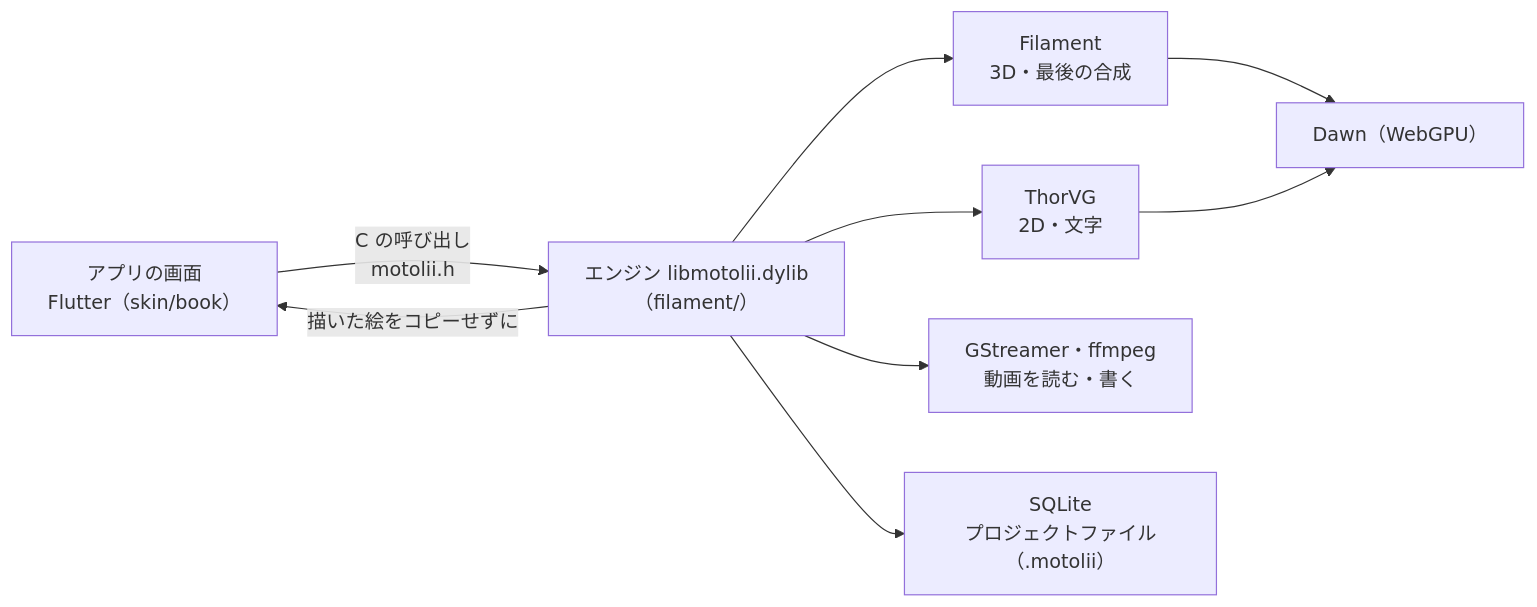
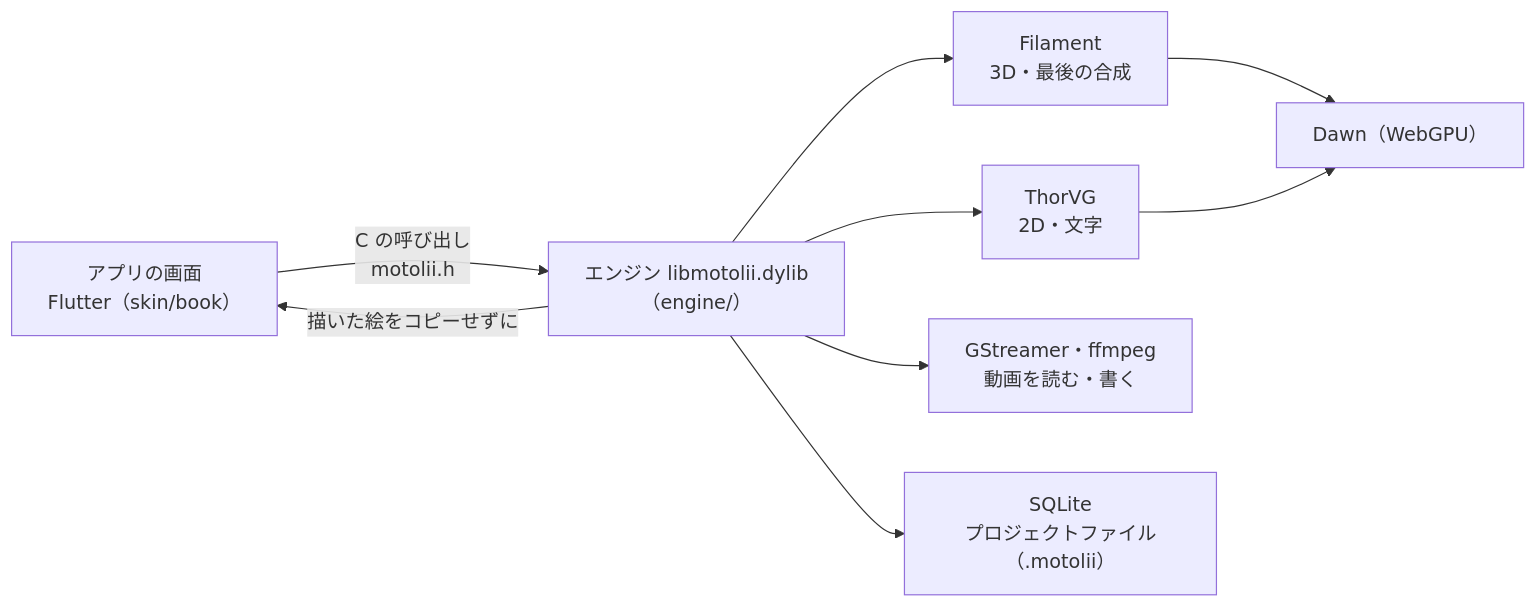
Before and after one commit to oshikaidesu/motolii: the diagram in README.md, drawn with Mermaid. The commit also changed other lines of this file and 3382 other files, not shown here.

````diff
--- a/README.md
+++ b/README.md
@@ -296,11 +296,11 @@
 ```mermaid
 flowchart LR
-  W["アプリの画面<br/>Flutter（skin/book）"] -- "C の呼び出し<br/>motolii.h" --> E["エンジン libmotolii.dylib<br/>（filament/）"]
+  W["アプリの画面<br/>Flutter（skin/book）"] -- "C の呼び出し<br/>motolii.h" --> E["エンジン libmotolii.dylib<br/>（engine/）"]
   E --> F["Filament<br/>3D・最後の合成"]
   E --> T["ThorVG<br/>2D・文字"]
   E --> G["GStreamer・ffmpeg<br/>動画を読む・書く"]
   E --> S["SQLite<br/>プロジェクトファイル（.motolii）"]
   F --> D["Dawn（WebGPU）"]
   T --> D
   E -- "描いた絵をコピーせずに" --> W
 ```
````
